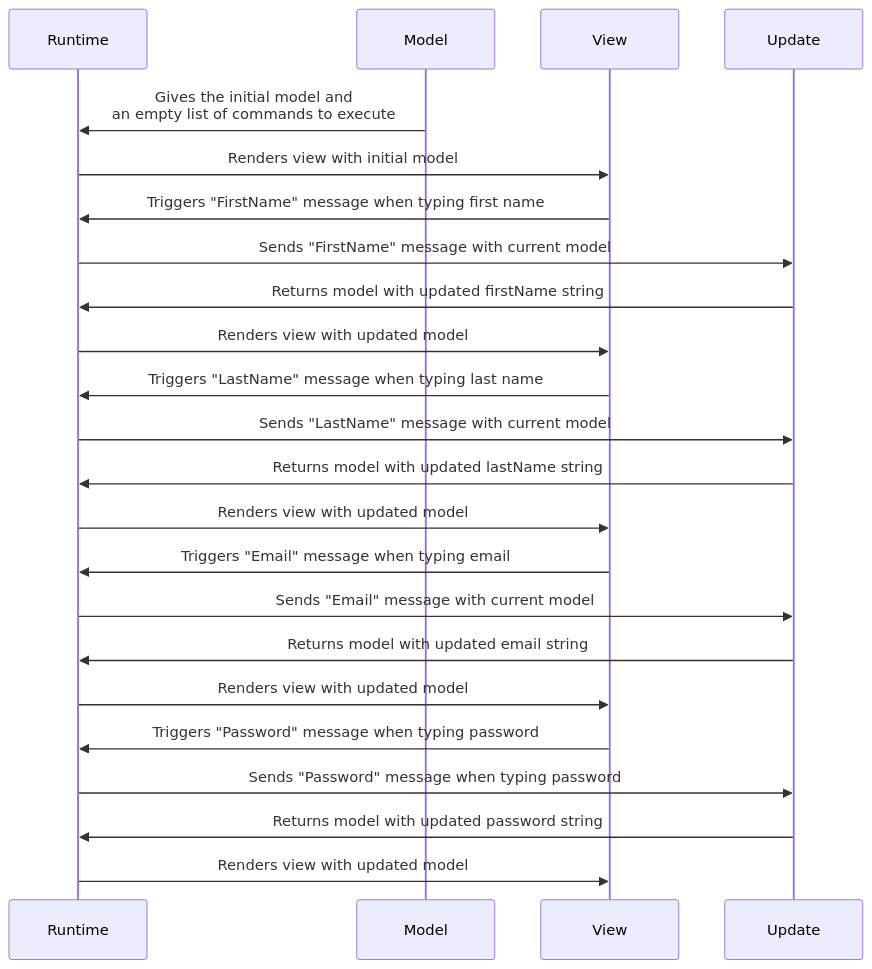
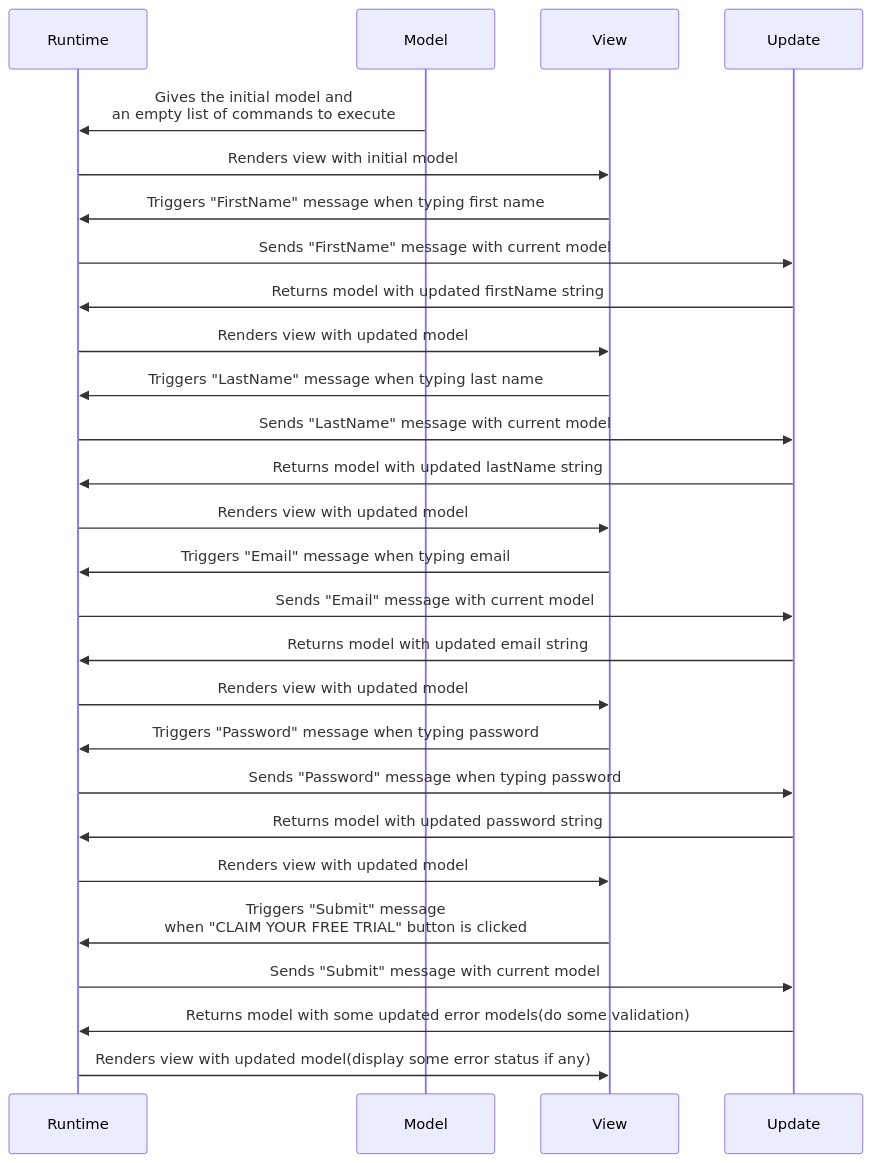
The diagram in HOW_APP_WORKS.md (hirohiro2255/signup-form), drawn with Mermaid before and after one commit. The commit also changed 1 other file, not shown here.

````diff
--- a/HOW_APP_WORKS.md
+++ b/HOW_APP_WORKS.md
@@ -3,31 +3,36 @@
 ```mermaid
 
 sequenceDiagram
     participant Runtime
     participant Model
     participant View
     participant Update
 
     Model->>Runtime: Gives the initial model and<br/>an empty list of commands to execute
     Runtime->>View: Renders view with initial model
 
     View->>Runtime: Triggers "FirstName" message when typing first name
     Runtime->>Update: Sends "FirstName" message with current model
     Update->>Runtime: Returns model with updated firstName string
     Runtime->>View: Renders view with updated model
 
     View->>Runtime: Triggers "LastName" message when typing last name
     Runtime->>Update: Sends "LastName" message with current model
     Update->>Runtime: Returns model with updated lastName string
     Runtime->>View: Renders view with updated model
 
     View->>Runtime: Triggers "Email" message when typing email
     Runtime->>Update: Sends "Email" message with current model
     Update->>Runtime: Returns model with updated email string
     Runtime->>View: Renders view with updated model
 
     View->>Runtime: Triggers "Password" message when typing password
     Runtime->>Update: Sends "Password" message when typing password
     Update->>Runtime: Returns model with updated password string
     Runtime->>View: Renders view with updated model
+
+    View->>Runtime: Triggers "Submit" message<br />when "CLAIM YOUR FREE TRIAL" button is clicked
+    Runtime->>Update: Sends "Submit" message with current model
+    Update->>Runtime: Returns model with some updated error models(do some validation)
+    Runtime->>View: Renders view with updated model(display some error status if any)
 ```
````
